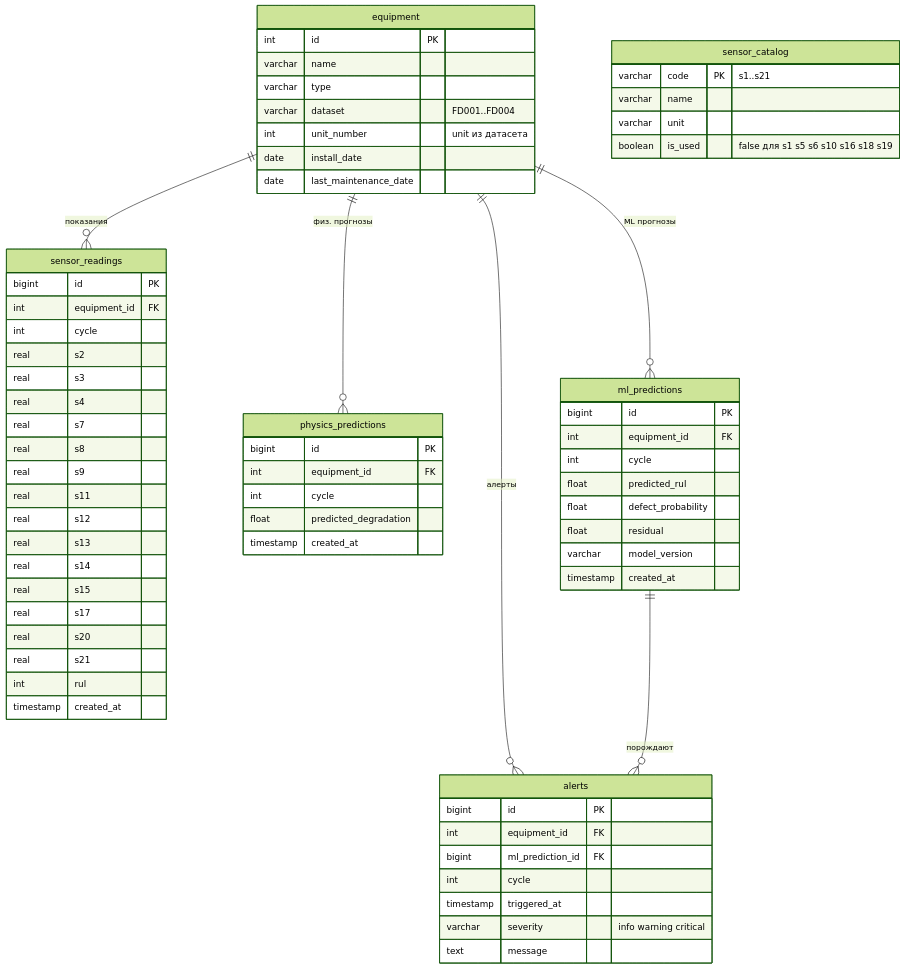
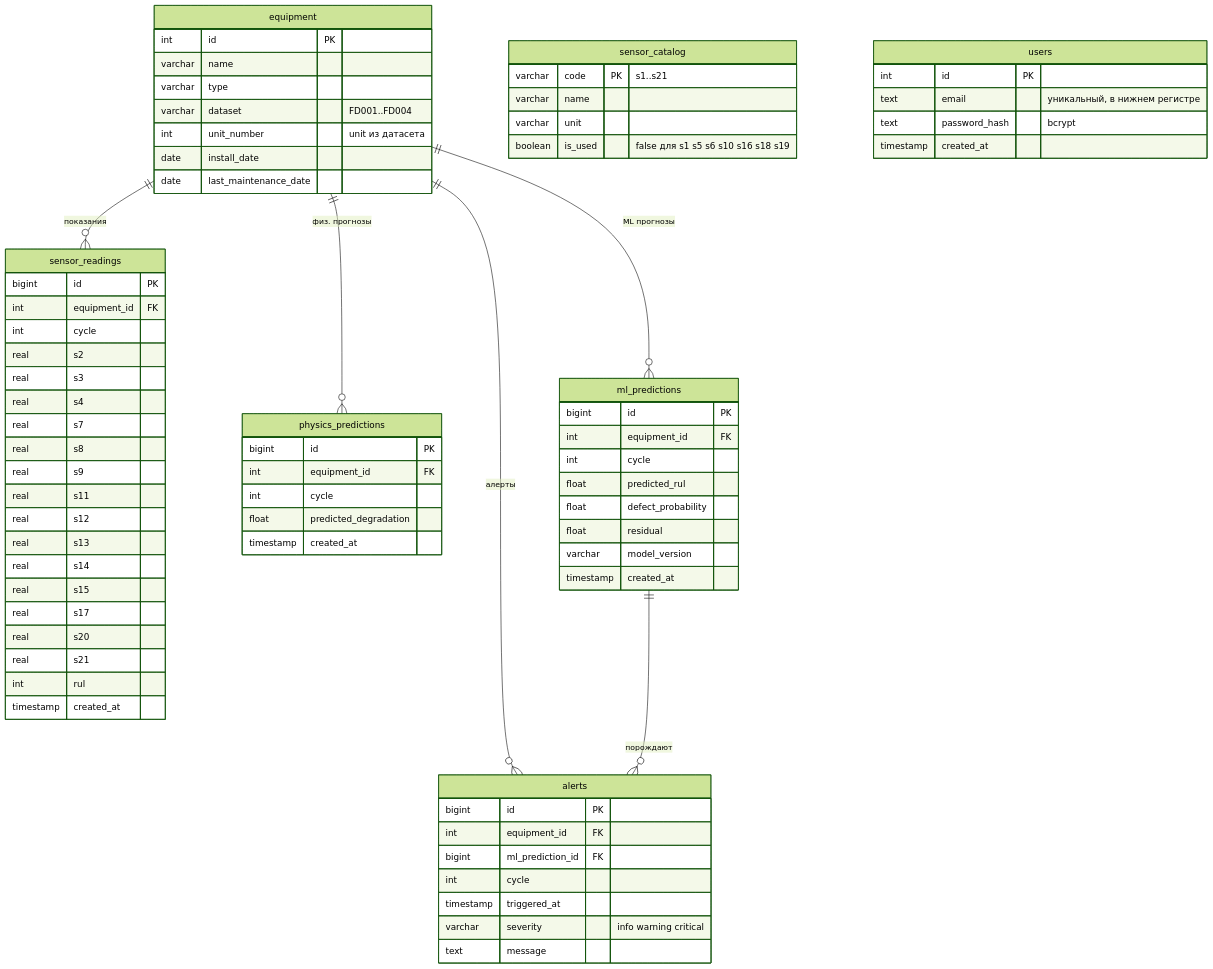
The diagram in README.md (treadwave/predictive-ml-model), drawn with Mermaid (forest theme) before and after one commit. The commit also changed other lines of this file and 19 other files, not shown here.

````diff
--- a/README.md
+++ b/README.md
@@ -225,4 +235,11 @@
         varchar severity "info warning critical"
         text message
     }
+
+    users {
+        int id PK
+        text email "уникальный, в нижнем регистре"
+        text password_hash "bcrypt"
+        timestamp created_at
+    }
 ```
````
